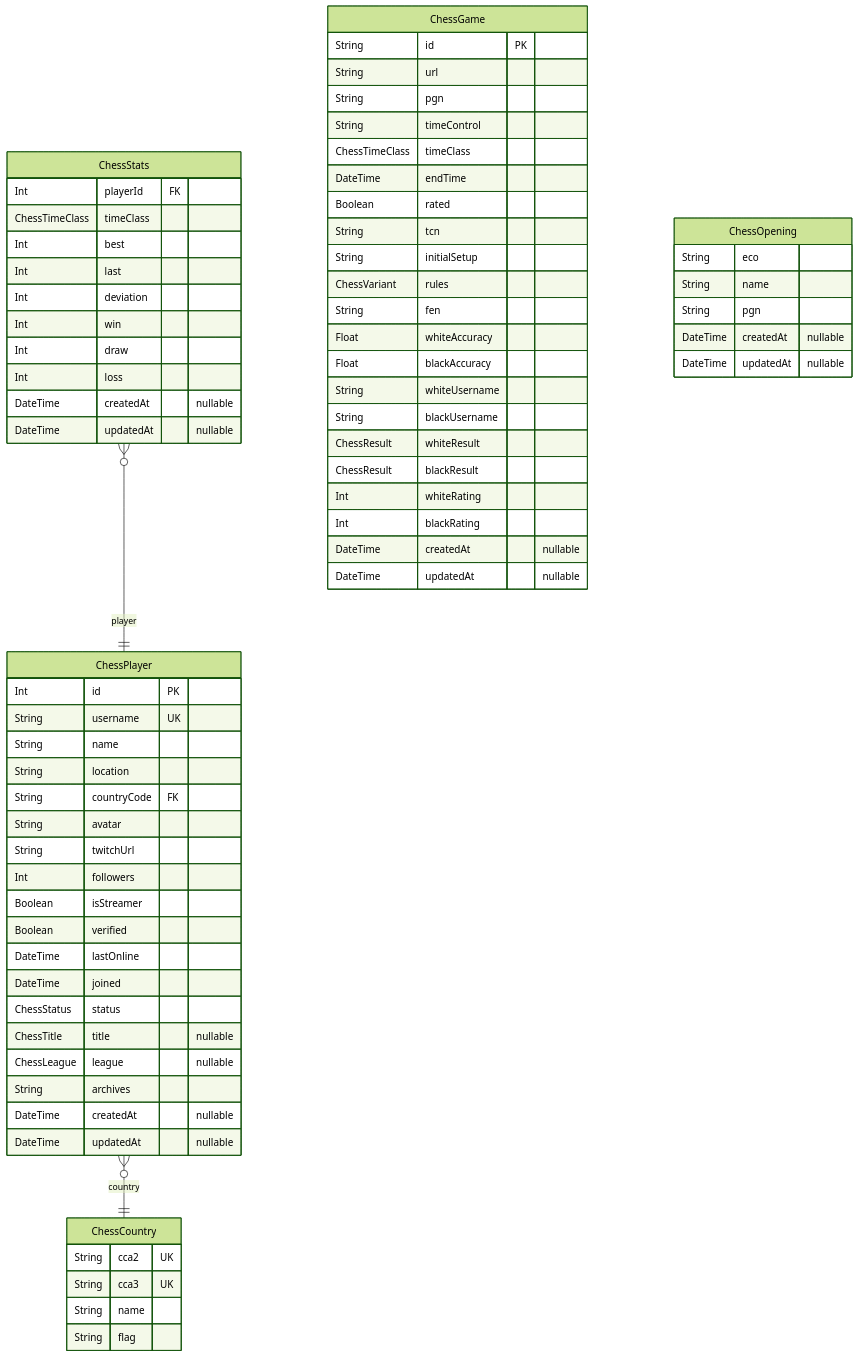
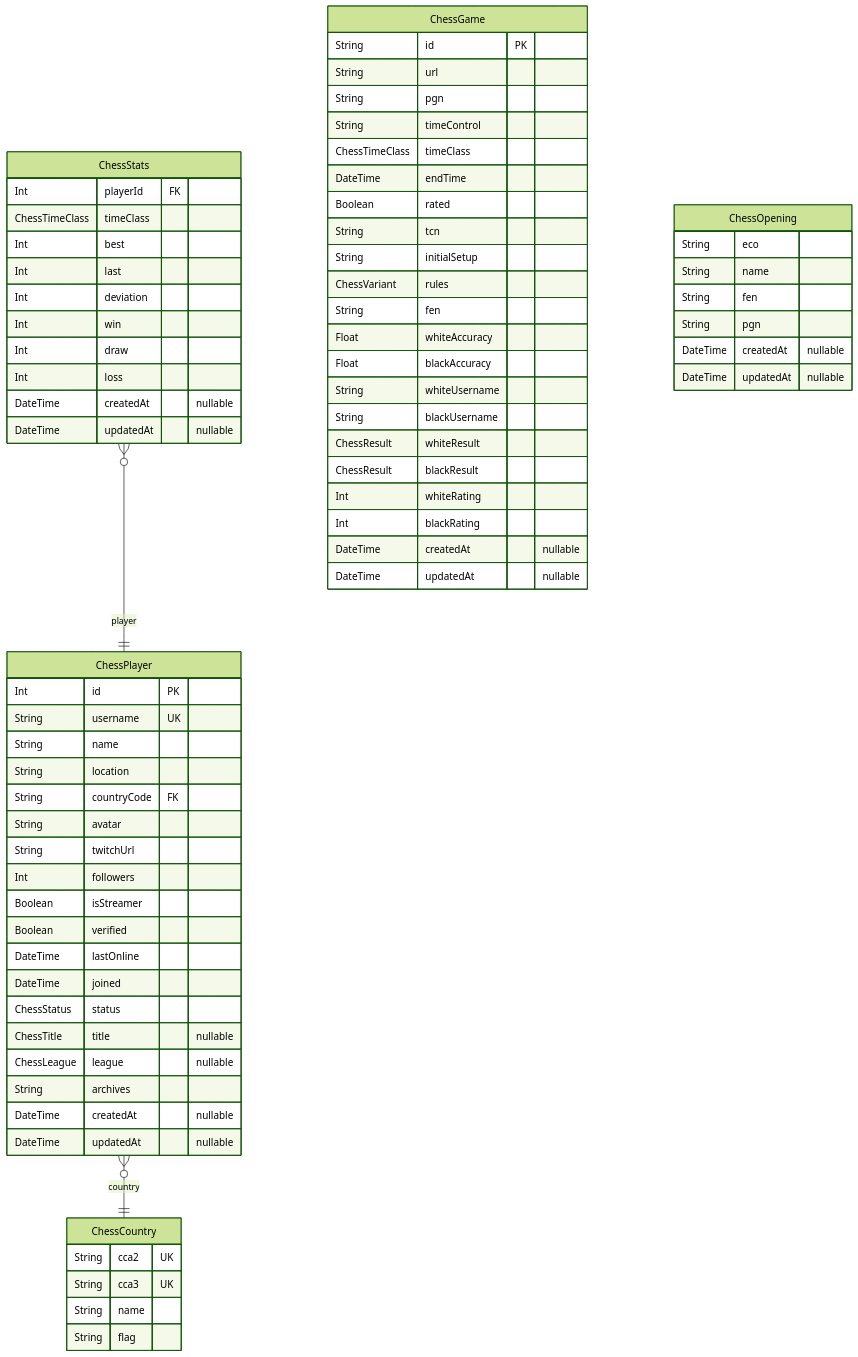
One commit to hieudoanm/hieudoanm.github.io changed the diagram in frontend/app/chess/prisma/README.md. Above: the diagram before and after it, drawn with Mermaid (forest theme). The commit also changed other lines of this file and 15 other files, not shown here.

````diff
--- a/frontend/app/chess/prisma/README.md
+++ b/frontend/app/chess/prisma/README.md
@@ -7,73 +7,74 @@
 ```mermaid
 erDiagram
 "ChessPlayer" {
     Int id PK
     String username UK
     String name
     String location
     String countryCode FK
     String avatar
     String twitchUrl
     Int followers
     Boolean isStreamer
     Boolean verified
     DateTime lastOnline
     DateTime joined
     ChessStatus status
     ChessTitle title "nullable"
     ChessLeague league "nullable"
     String archives
     DateTime createdAt "nullable"
     DateTime updatedAt "nullable"
 }
 "ChessCountry" {
     String cca2 UK
     String cca3 UK
     String name
     String flag
 }
 "ChessStats" {
     Int playerId FK
     ChessTimeClass timeClass
     Int best
     Int last
     Int deviation
     Int win
     Int draw
     Int loss
     DateTime createdAt "nullable"
     DateTime updatedAt "nullable"
 }
 "ChessGame" {
     String id PK
     String url
     String pgn
     String timeControl
     ChessTimeClass timeClass
     DateTime endTime
     Boolean rated
     String tcn
     String initialSetup
     ChessVariant rules
     String fen
     Float whiteAccuracy
     Float blackAccuracy
     String whiteUsername
     String blackUsername
     ChessResult whiteResult
     ChessResult blackResult
     Int whiteRating
     Int blackRating
     DateTime createdAt "nullable"
     DateTime updatedAt "nullable"
 }
 "ChessOpening" {
     String eco
     String name
+    String fen
     String pgn
     DateTime createdAt "nullable"
     DateTime updatedAt "nullable"
 }
 "ChessPlayer" }o--|| "ChessCountry" : country
 "ChessStats" }o--|| "ChessPlayer" : player
 ```
````
